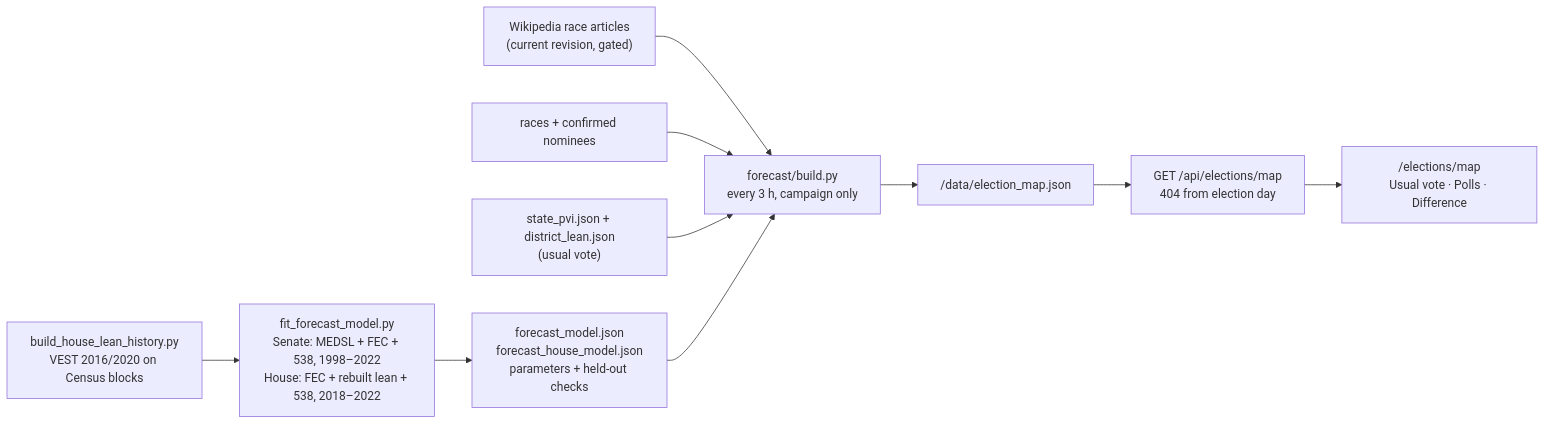
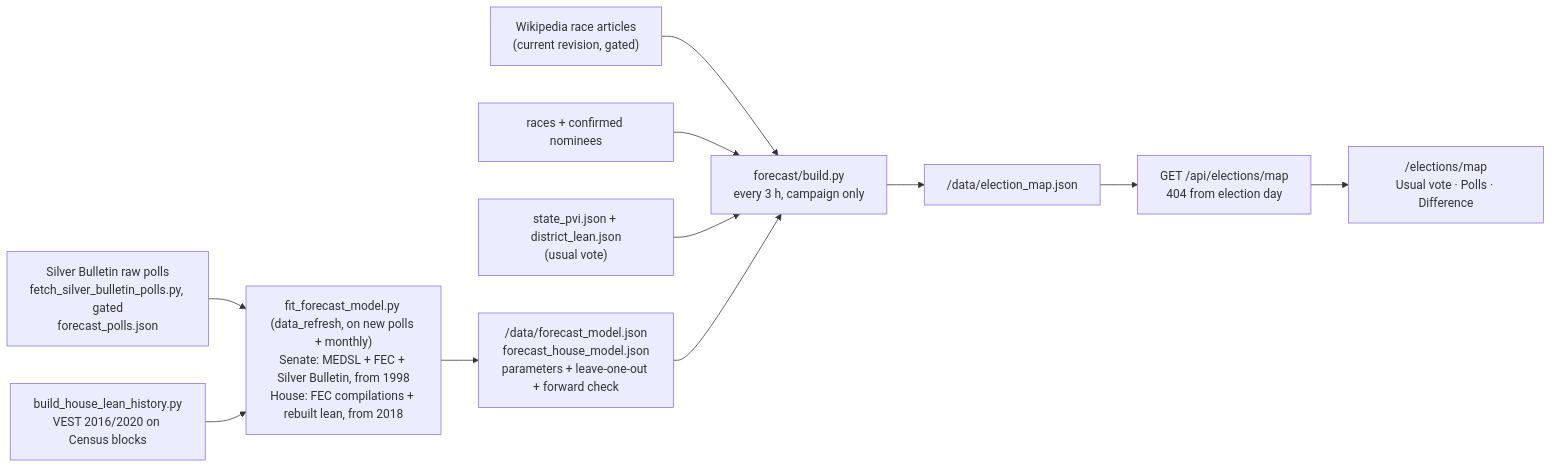
Before and after one commit to kamoras/civitas: the fourth of 5 diagrams in docs/diagrams/10-elections.md, drawn with Mermaid. The commit also changed other lines of this file and 25 other files, not shown here.

First line of the commit message:
Election map: Silver Bulletin's raw polls train the fits, gated and refit automatically (Senate fit cycles: 1998-2022 -> 1998-2024) (#1041)

````diff
--- a/docs/diagrams/10-elections.md
+++ b/docs/diagrams/10-elections.md
@@ -369,12 +369,13 @@
 ```mermaid
 flowchart LR
-    FIT["fit_forecast_model.py<br/>Senate: MEDSL + FEC + 538, 1998–2022<br/>House: FEC + rebuilt lean + 538, 2018–2022"] --> MODEL["forecast_model.json<br/>forecast_house_model.json<br/>parameters + held-out checks"]
+    SB["Silver Bulletin raw polls<br/>fetch_silver_bulletin_polls.py, gated<br/>forecast_polls.json"] --> FIT
+    FIT["fit_forecast_model.py (data_refresh, on new polls + monthly)<br/>Senate: MEDSL + FEC + Silver Bulletin, from 1998<br/>House: FEC compilations + rebuilt lean, from 2018"] --> MODEL["/data/forecast_model.json<br/>forecast_house_model.json<br/>parameters + leave-one-out + forward check"]
     HIST["build_house_lean_history.py<br/>VEST 2016/2020 on Census blocks"] --> FIT
     WIKI["Wikipedia race articles<br/>(current revision, gated)"] --> BUILD
     DB["races + confirmed nominees"] --> BUILD
     PVI["state_pvi.json + district_lean.json<br/>(usual vote)"] --> BUILD
     MODEL --> BUILD["forecast/build.py<br/>every 3 h, campaign only"]
     BUILD --> FILE["/data/election_map.json"]
     FILE --> API["GET /api/elections/map<br/>404 from election day"]
     API --> PAGE["/elections/map<br/>Usual vote · Polls · Difference"]
 ```
````
